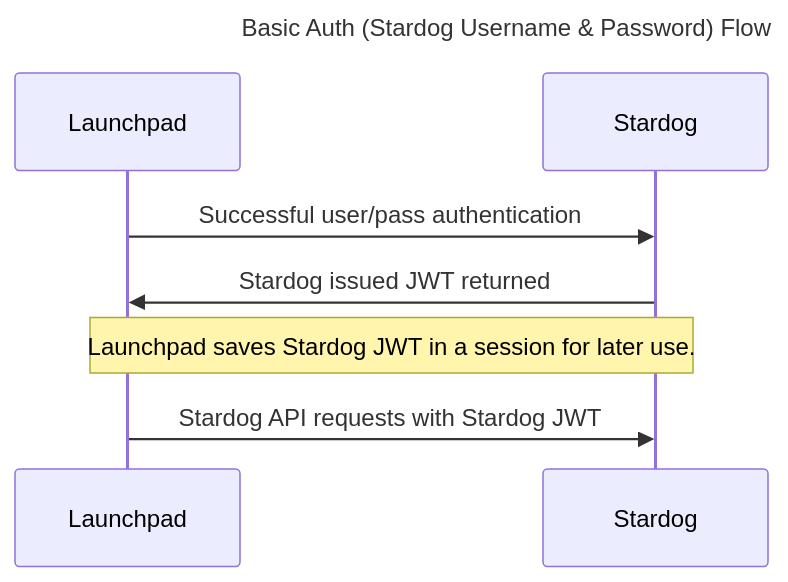
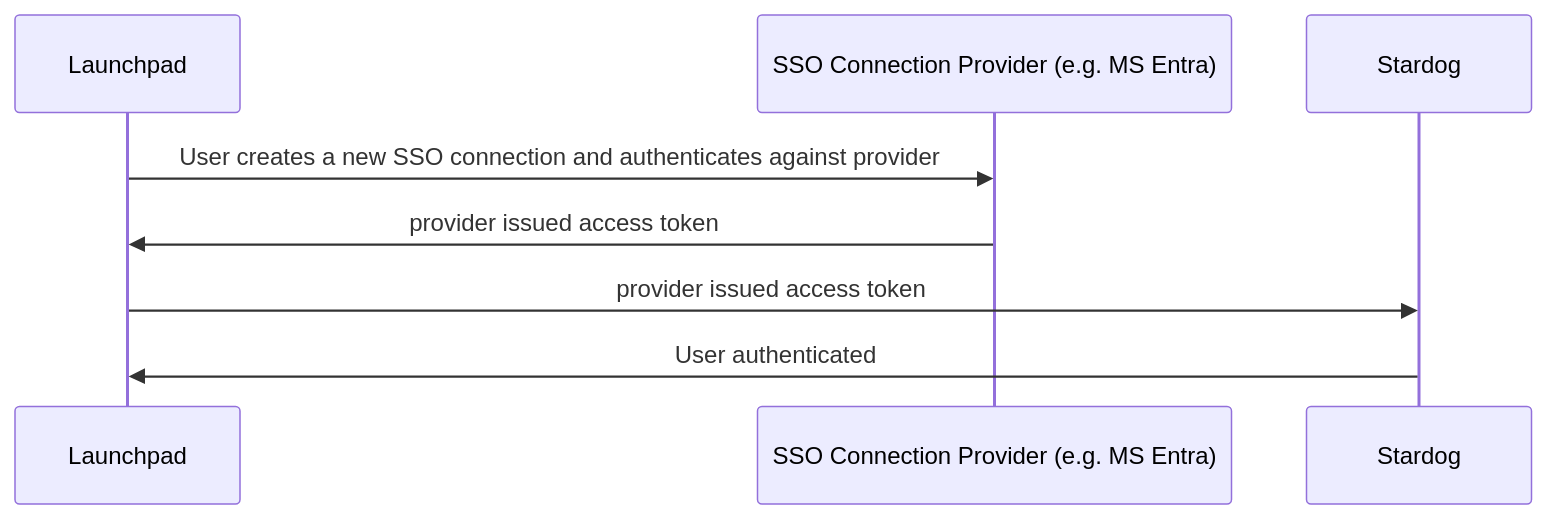
The diagram in README.md (stardog-union/launchpad-docs), drawn with Mermaid before and after one commit. The commit also changed other lines of this file and 59 other files, not shown here.

````diff
--- a/README.md
+++ b/README.md
@@ -30,8 +436,10 @@
 ```mermaid
 sequenceDiagram
-  title Basic Auth (Stardog Username & Password) Flow
-  Launchpad->>Stardog: Successful user/pass authentication
-  Stardog->>Launchpad: Stardog issued JWT returned
-  Note over Stardog,Launchpad: Launchpad saves Stardog JWT in a session for later use.
-  Launchpad->>Stardog: Stardog API requests with Stardog JWT
+    participant Launchpad
+    participant SSO Connection Provider (e.g. MS Entra)
+    participant Stardog
+    Launchpad->>SSO Connection Provider (e.g. MS Entra): User creates a new SSO connection and authenticates against provider
+    SSO Connection Provider (e.g. MS Entra)->>Launchpad: provider issued access token
+    Launchpad->>Stardog: provider issued access token
+    Stardog->>Launchpad: User authenticated
 ```
````
